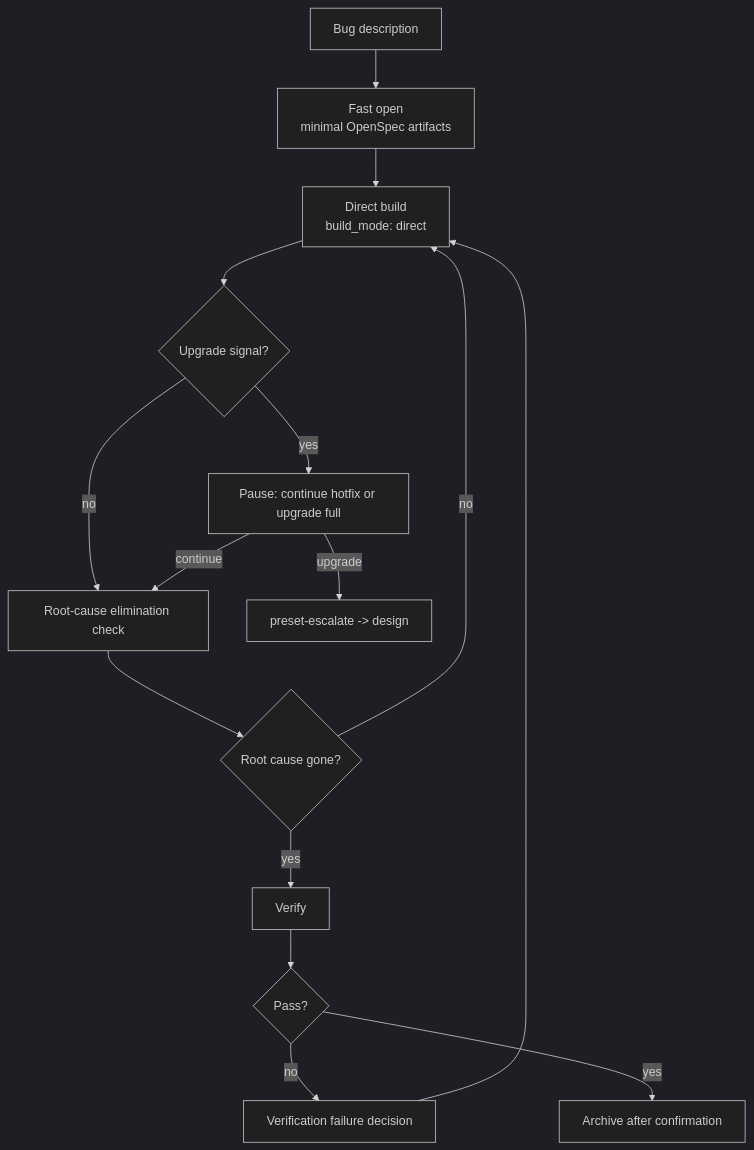
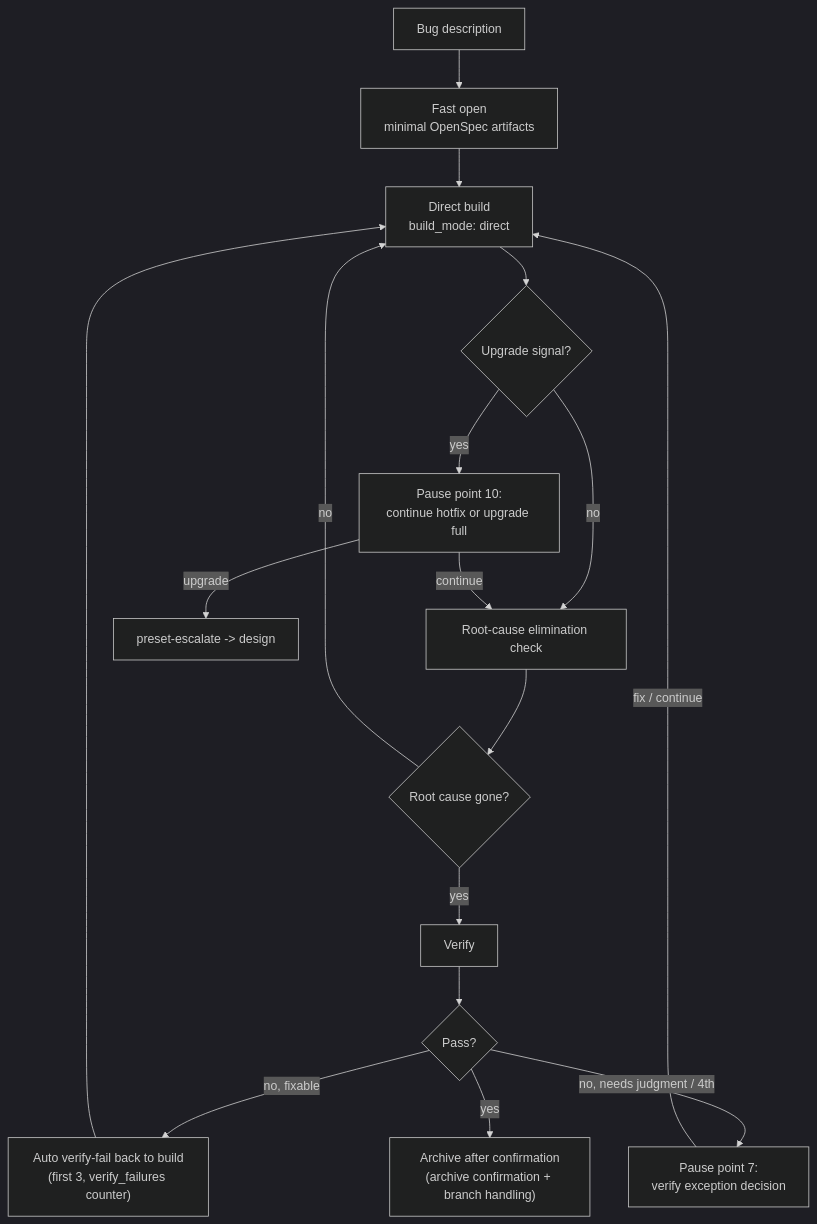
The diagram in en/presets/hotfix.mdx (rpamis/comet-website-docs), drawn with Mermaid (dark theme) before and after one commit. The commit also changed other lines of this file and 17 other files, not shown here.

````diff
--- a/en/presets/hotfix.mdx
+++ b/en/presets/hotfix.mdx
@@ -44,17 +44,19 @@
 ```mermaid
 flowchart TD
     Start["Bug description"] --> S1["Fast open\nminimal OpenSpec artifacts"]
     S1 --> S2["Direct build\nbuild_mode: direct"]
     S2 --> Esc{"Upgrade signal?"}
-    Esc -->|yes| Stop["Pause: continue hotfix or upgrade full"]
+    Esc -->|yes| Stop["Pause point 10:\ncontinue hotfix or upgrade full"]
     Esc -->|no| S3["Root-cause elimination check"]
     Stop -->|continue| S3
     Stop -->|upgrade| Up["preset-escalate -> design"]
     S3 --> Root{"Root cause gone?"}
     Root -->|no| S2
     Root -->|yes| S4["Verify"]
     S4 --> V{"Pass?"}
-    V -->|no| Fix["Verification failure decision"]
-    Fix --> S2
-    V -->|yes| S5["Archive after confirmation"]
+    V -->|no, fixable| Auto["Auto verify-fail back to build\n(first 3, verify_failures counter)"]
+    V -->|no, needs judgment / 4th| VfStop["Pause point 7:\nverify exception decision"]
+    Auto --> S2
+    VfStop -->|fix / continue| S2
+    V -->|yes| S5["Archive after confirmation\n(archive confirmation + branch handling)"]
 ```
````
